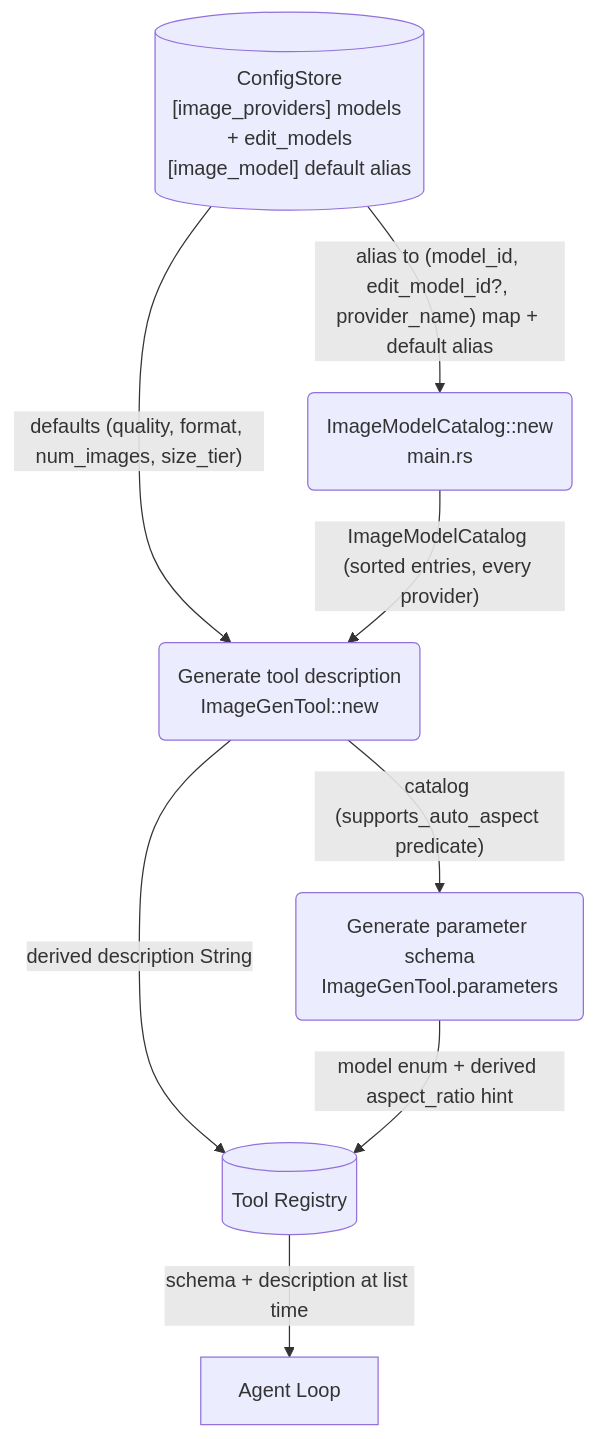
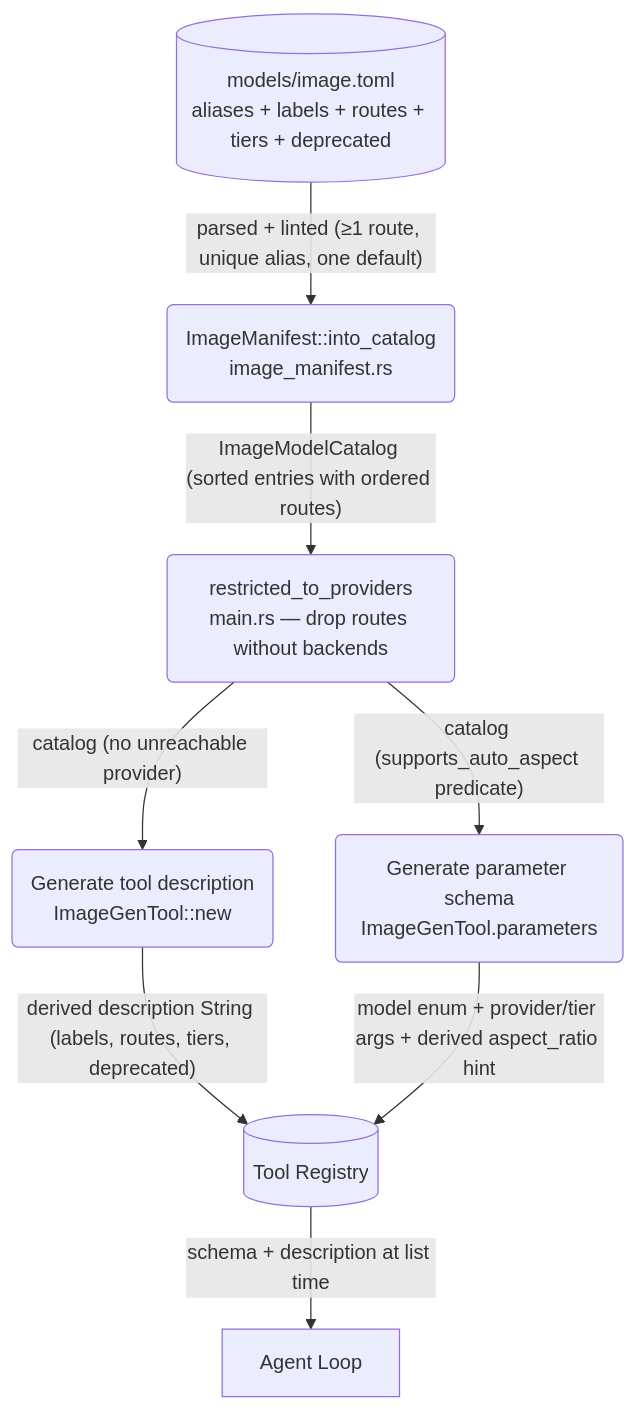
Before and after one commit to cosmoswafer/rockbot: the diagram in _dfd/tools/image-gen/level-2/tool-description.md, drawn with Mermaid. The commit also changed other lines of this file and 19 other files, not shown here.

````diff
--- a/_dfd/tools/image-gen/level-2/tool-description.md
+++ b/_dfd/tools/image-gen/level-2/tool-description.md
@@ -14,17 +14,18 @@
 ```mermaid
 flowchart TD
-    CFG[("ConfigStore<br/>[image_providers] models + edit_models<br/>[image_model] default alias")]
-    BUILD(ImageModelCatalog::new<br/>main.rs)
+    MAN[("models/image.toml<br/>aliases + labels + routes + tiers + deprecated")]
+    BUILD(ImageManifest::into_catalog<br/>image_manifest.rs)
+    PRUNE(restricted_to_providers<br/>main.rs — drop routes without backends)
     GEN_DESC(Generate tool description<br/>ImageGenTool::new)
     GEN_SCHEMA(Generate parameter schema<br/>ImageGenTool.parameters)
     REG[(Tool Registry)]
     LOOP[Agent Loop]
 
-    CFG -->|"alias to (model_id, edit_model_id?, provider_name) map + default alias"| BUILD
-    CFG -->|"defaults (quality, format, num_images, size_tier)"| GEN_DESC
-    BUILD -->|"ImageModelCatalog (sorted entries, every provider)"| GEN_DESC
-    GEN_DESC -->|"derived description String"| REG
-    GEN_DESC -->|"catalog (supports_auto_aspect predicate)"| GEN_SCHEMA
-    GEN_SCHEMA -->|"model enum + derived aspect_ratio hint"| REG
+    MAN -->|"parsed + linted (≥1 route, unique alias, one default)"| BUILD
+    BUILD -->|"ImageModelCatalog (sorted entries with ordered routes)"| PRUNE
+    PRUNE -->|"catalog (no unreachable provider)"| GEN_DESC
+    PRUNE -->|"catalog (supports_auto_aspect predicate)"| GEN_SCHEMA
+    GEN_DESC -->|"derived description String (labels, routes, tiers, deprecated)"| REG
+    GEN_SCHEMA -->|"model enum + provider/tier args + derived aspect_ratio hint"| REG
     REG -->|"schema + description at list time"| LOOP
 ```
````
